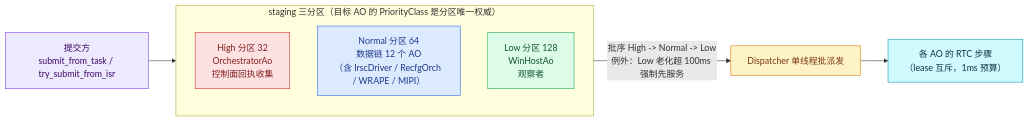
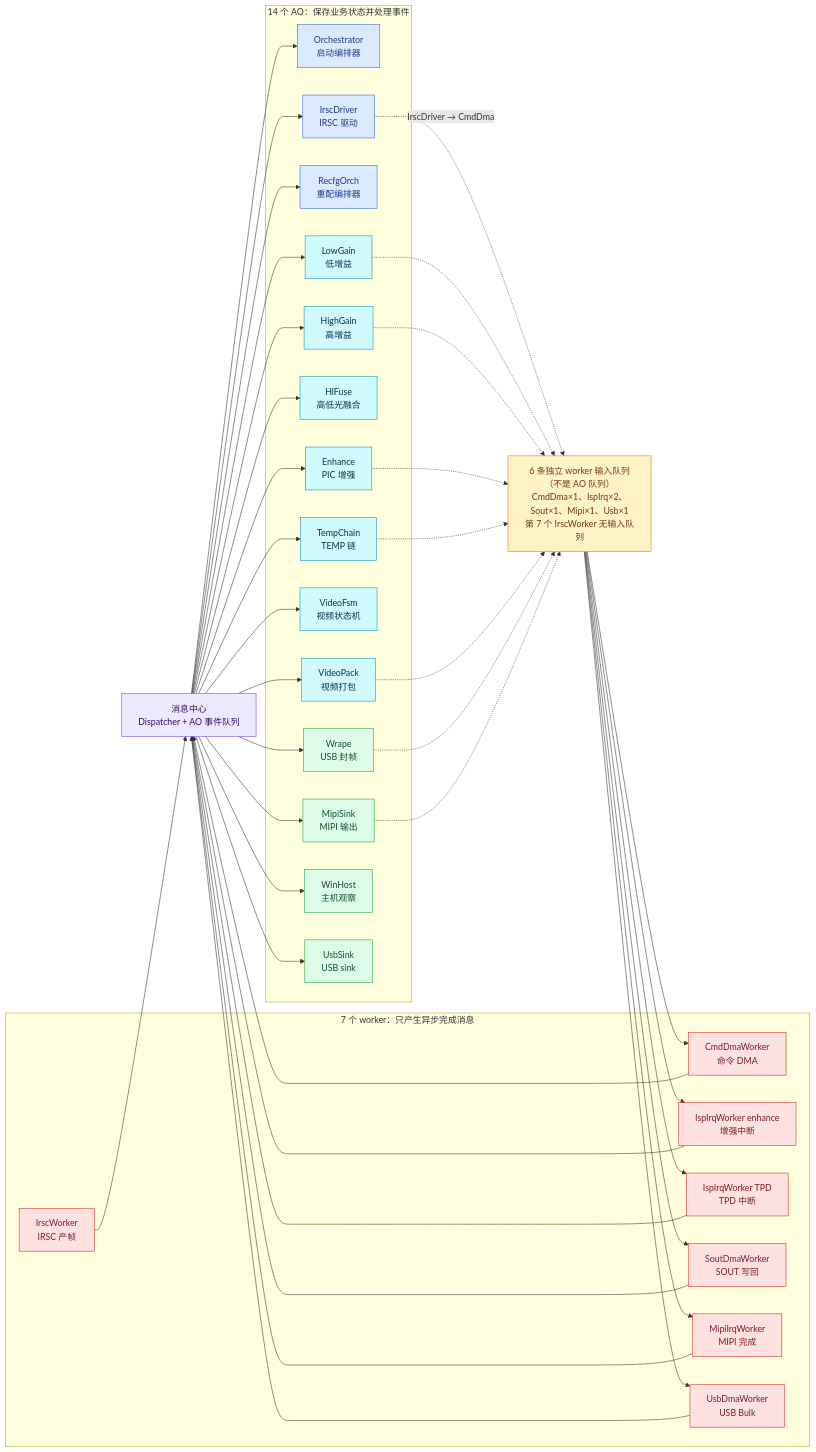
The fifth of 6 diagrams in docs/example_ISP_pipeline_design_architecture_zh.md (DeguiLiu/coact), drawn with Mermaid before and after one commit. The commit also changed other lines of this file and 8 other files, not shown here.

````diff
--- a/docs/example_ISP_pipeline_design_architecture_zh.md
+++ b/docs/example_ISP_pipeline_design_architecture_zh.md
@@ -562,18 +187,71 @@
 ```mermaid
 flowchart LR
-    P1["提交方<br/>submit_from_task / try_submit_from_isr"]:::p --> STAGE
-    subgraph STAGE["staging 三分区（目标 AO 的 PriorityClass 是分区唯一权威）"]
-        direction TB
-        H["High 分区 32<br/>OrchestratorAo<br/>控制面回执收集"]:::h
-        N["Normal 分区 64<br/>数据链 12 个 AO<br/>（含 IrscDriver / RecfgOrch / WRAPE / MIPI）"]:::n
-        L["Low 分区 128<br/>WinHostAo<br/>观察者"]:::l
+    subgraph WORKERS["7 个 worker：只产生异步完成消息"]
+        W1["IrscWorker<br/>IRSC 产帧"]:::worker
+        W2["CmdDmaWorker<br/>命令 DMA"]:::worker
+        W3["IspIrqWorker enhance<br/>增强中断"]:::worker
+        W4["IspIrqWorker TPD<br/>TPD 中断"]:::worker
+        W5["SoutDmaWorker<br/>SOUT 写回"]:::worker
+        W6["MipiIrqWorker<br/>MIPI 完成"]:::worker
+        W7["UsbDmaWorker<br/>USB Bulk"]:::worker
     end
-    STAGE -->|"批序 High -> Normal -> Low<br/>例外：Low 老化超 100ms 强制先服务"| D["Dispatcher 单线程批派发"]:::d
-    D --> AO["各 AO 的 RTC 步骤<br/>（lease 互斥，1ms 预算）"]:::o
-    classDef h fill:#fee2e2,stroke:#dc2626,color:#7f1d1d
-    classDef n fill:#dbeafe,stroke:#2563eb,color:#1e3a8a
-    classDef l fill:#dcfce7,stroke:#16a34a,color:#14532d
-    classDef p fill:#ede9fe,stroke:#7c3aed,color:#3b0764
-    classDef d fill:#fef3c7,stroke:#d97706,color:#78350f
-    classDef o fill:#cffafe,stroke:#0891b2,color:#083344
+    MC["消息中心<br/>Dispatcher + AO 事件队列"]:::dispatcher
+    WQ["6 条独立 worker 输入队列（不是 AO 队列）<br/>CmdDma×1、IspIrq×2、Sout×1、Mipi×1、Usb×1<br/>第 7 个 IrscWorker 无输入队列"]:::queue
+    subgraph AOS["14 个 AO：保存业务状态并处理事件"]
+        A1["Orchestrator<br/>启动编排器"]:::control
+        A2["IrscDriver<br/>IRSC 驱动"]:::control
+        A3["RecfgOrch<br/>重配编排器"]:::control
+        A4["LowGain<br/>低增益"]:::data
+        A5["HighGain<br/>高增益"]:::data
+        A6["HlFuse<br/>高低光融合"]:::data
+        A7["Enhance<br/>PIC 增强"]:::data
+        A8["TempChain<br/>TEMP 链"]:::data
+        A9["VideoFsm<br/>视频状态机"]:::data
+        A10["VideoPack<br/>视频打包"]:::data
+        A11["Wrape<br/>USB 封帧"]:::sink
+        A12["MipiSink<br/>MIPI 输出"]:::sink
+        A13["WinHost<br/>主机观察"]:::sink
+        A14["UsbSink<br/>USB sink"]:::sink
+    end
+    W1 --> MC
+    W2 --> MC
+    W3 --> MC
+    W4 --> MC
+    W5 --> MC
+    W6 --> MC
+    W7 --> MC
+    A2 -.->|"IrscDriver → CmdDma"| WQ
+    A4 -.-> WQ
+    A5 -.-> WQ
+    A7 -.-> WQ
+    A8 -.-> WQ
+    A10 -.-> WQ
+    A11 -.-> WQ
+    A12 -.-> WQ
+    WQ --> W2
+    WQ --> W3
+    WQ --> W4
+    WQ --> W5
+    WQ --> W6
+    WQ --> W7
+    MC --> A1
+    MC --> A2
+    MC --> A3
+    MC --> A4
+    MC --> A5
+    MC --> A6
+    MC --> A7
+    MC --> A8
+    MC --> A9
+    MC --> A10
+    MC --> A11
+    MC --> A12
+    MC --> A13
+    MC --> A14
+    classDef worker fill:#fee2e2,stroke:#dc2626,color:#7f1d1d
+    classDef dispatcher fill:#ede9fe,stroke:#7c3aed,color:#3b0764
+    classDef queue fill:#fef3c7,stroke:#d97706,color:#78350f
+    classDef control fill:#dbeafe,stroke:#2563eb,color:#1e3a8a
+    classDef data fill:#cffafe,stroke:#0891b2,color:#083344
+    classDef sink fill:#dcfce7,stroke:#16a34a,color:#14532d
 ```
````
